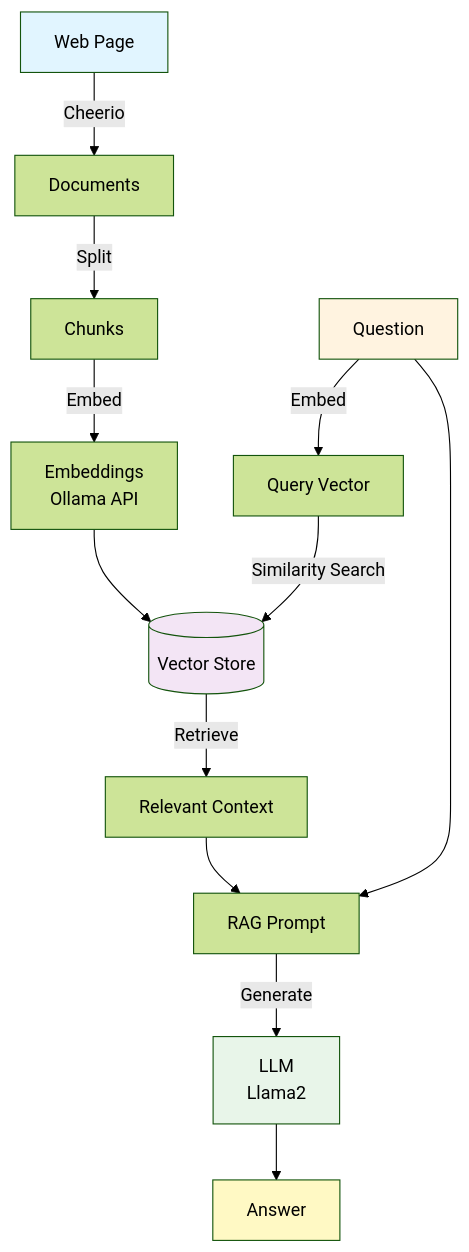
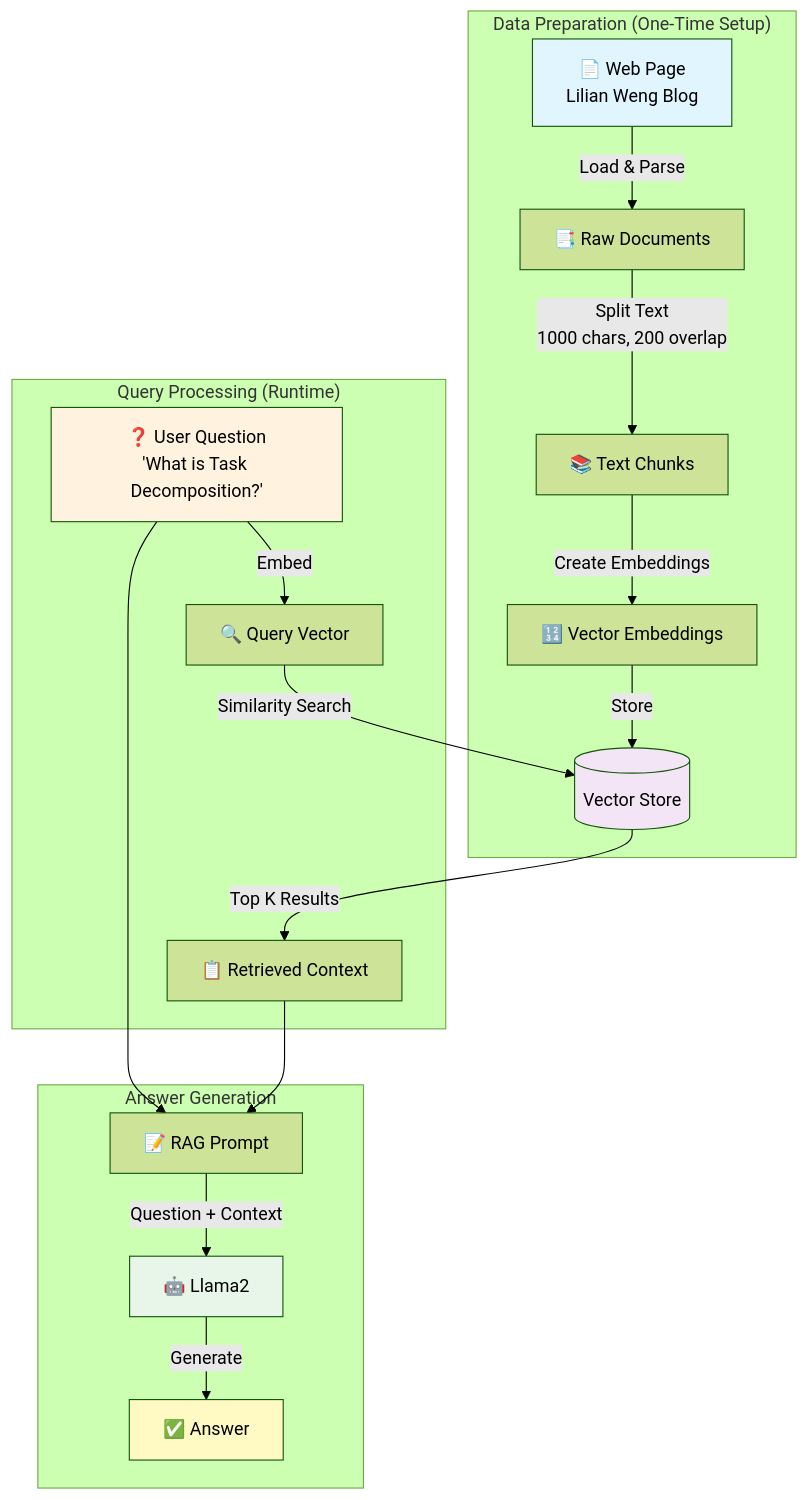
One commit to roypr-ma/rag-demo changed the first of 2 diagrams in README.md. Above: the diagram before and after it, drawn with Mermaid (forest theme). The commit also changed other lines of this file and 3 other files, not shown here.

````diff
--- a/README.md
+++ b/README.md
@@ -153,22 +151,28 @@
 ```mermaid
-graph TD
-    A[Web Page] -->|Cheerio| B[Documents]
-    B -->|Split| C[Chunks]
-    C -->|Embed| D[Embeddings<br/>Ollama API]
-    D --> E[(Vector Store)]
+graph TB
+    subgraph "Data Preparation (One-Time Setup)"
+        A[📄 Web Page<br/>Lilian Weng Blog] -->|Load & Parse| B[📑 Raw Documents]
+        B -->|Split Text<br/>1000 chars, 200 overlap| C[📚 Text Chunks]
+        C -->|Create Embeddings| D[🔢 Vector Embeddings]
+        D -->|Store| E[(Vector Store)]
+    end
     
-    F[Question] -->|Embed| G[Query Vector]
-    G -->|Similarity Search| E
-    E -->|Retrieve| H[Relevant Context]
+    subgraph "Query Processing (Runtime)"
+        F[❓ User Question<br/>'What is Task Decomposition?'] -->|Embed| G[🔍 Query Vector]
+        G -->|Similarity Search| E
+        E -->|Top K Results| H[📋 Retrieved Context]
+    end
     
-    H --> I[RAG Prompt]
-    F --> I
-    I -->|Generate| J[LLM<br/>Llama2]
-    J --> K[Answer]
+    subgraph "Answer Generation"
+        F --> I[📝 RAG Prompt]
+        H --> I
+        I -->|Question + Context| J[🤖 Llama2]
+        J -->|Generate| K[✅ Answer]
+    end
     
     style A fill:#e1f5ff
     style F fill:#fff3e0
     style E fill:#f3e5f5
     style J fill:#e8f5e9
     style K fill:#fff9c4
 ```
````
